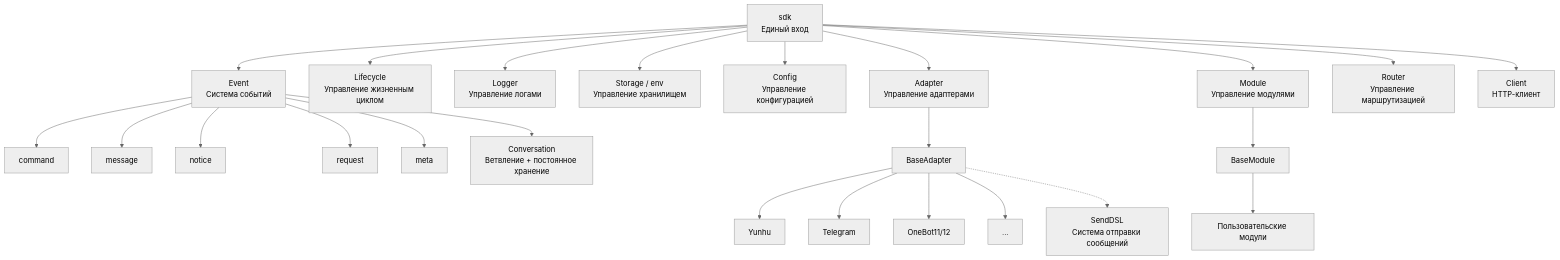
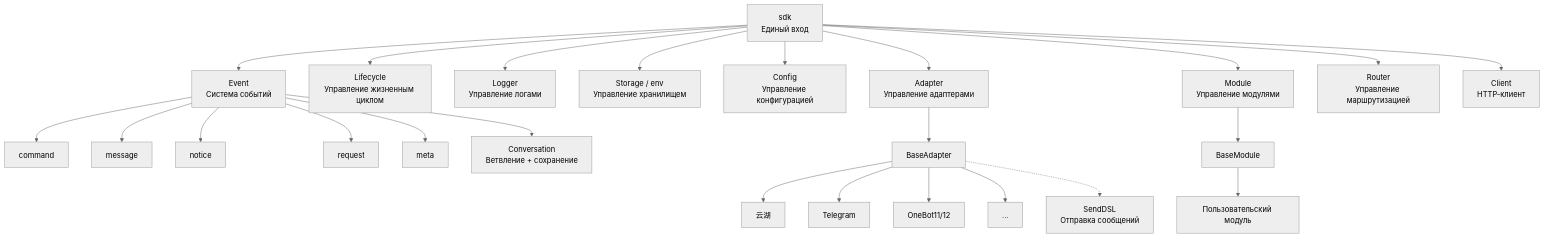
The first of 10 diagrams in docs/ru/architecture.md (ErisPulse/ErisPulse), drawn with Mermaid (neutral theme) before and after one commit. The commit also changed other lines of this file and 828 other files, not shown here.

````diff
--- a/docs/ru/architecture.md
+++ b/docs/ru/architecture.md
@@ -9,30 +12,31 @@
 ```mermaid
 graph TB
     SDK["sdk<br/>Единый вход"]
+
     SDK --> Event["Event<br/>Система событий"]
     SDK --> Lifecycle["Lifecycle<br/>Управление жизненным циклом"]
     SDK --> Logger["Logger<br/>Управление логами"]
     SDK --> Storage["Storage / env<br/>Управление хранилищем"]
     SDK --> Config["Config<br/>Управление конфигурацией"]
     SDK --> AdapterMgr["Adapter<br/>Управление адаптерами"]
     SDK --> ModuleMgr["Module<br/>Управление модулями"]
     SDK --> Router["Router<br/>Управление маршрутизацией"]
     SDK --> Client["Client<br/>HTTP-клиент"]
     Event --> Command["command"]
     Event --> Message["message"]
     Event --> Notice["notice"]
     Event --> Request["request"]
     Event --> Meta["meta"]
-    Event --> Conversation["Conversation<br/>Ветвление + постоянное хранение"]
+    Event --> Conversation["Conversation<br/>Ветвление + сохранение"]
 
     AdapterMgr --> BaseAdapter["BaseAdapter"]
-    BaseAdapter --> P1["Yunhu"]
+    BaseAdapter --> P1["云湖"]
     BaseAdapter --> P2["Telegram"]
     BaseAdapter --> P3["OneBot11/12"]
     BaseAdapter --> PN["..."]
 
     ModuleMgr --> BaseModule["BaseModule"]
-    BaseModule --> CM["Пользовательские модули"]
+    BaseModule --> CM["Пользовательский модуль"]
 
-    BaseAdapter -.-> SendDSL["SendDSL<br/>Система отправки сообщений"]
+    BaseAdapter -.-> SendDSL["SendDSL<br/>Отправка сообщений"]
 ```
````
